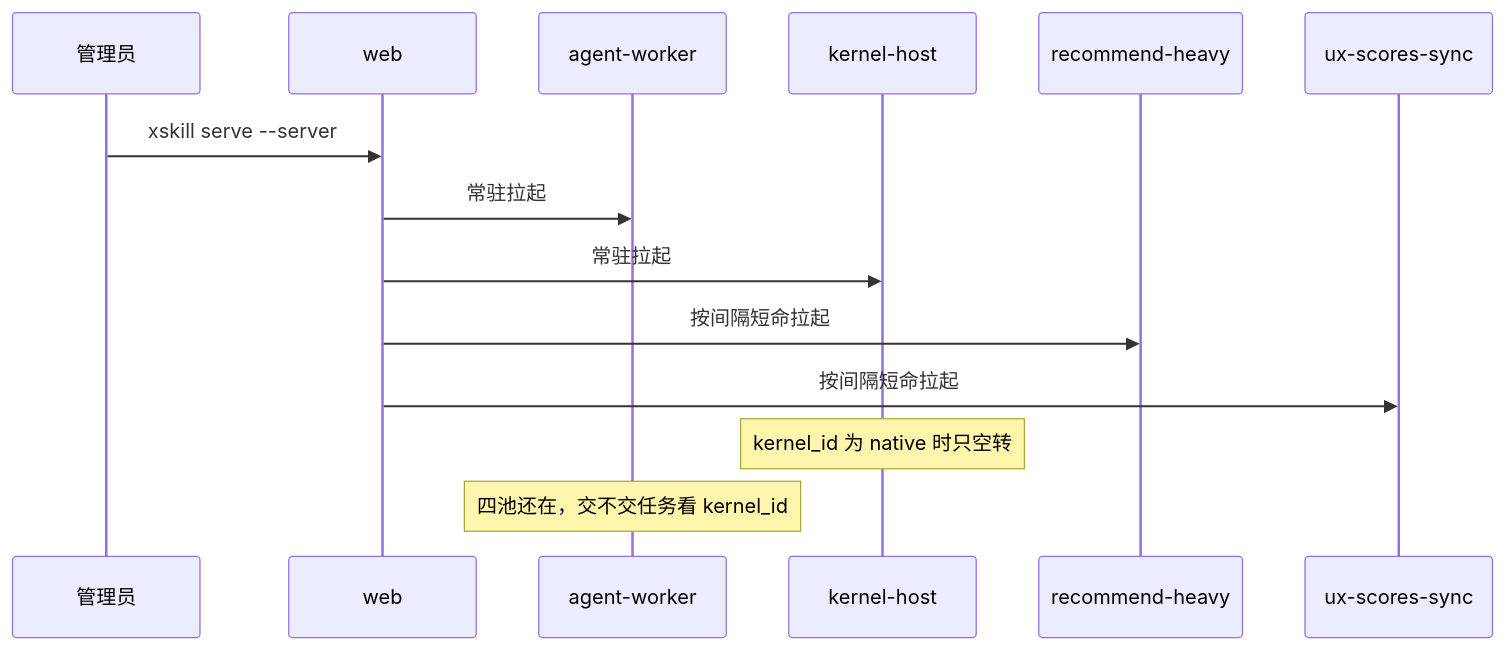
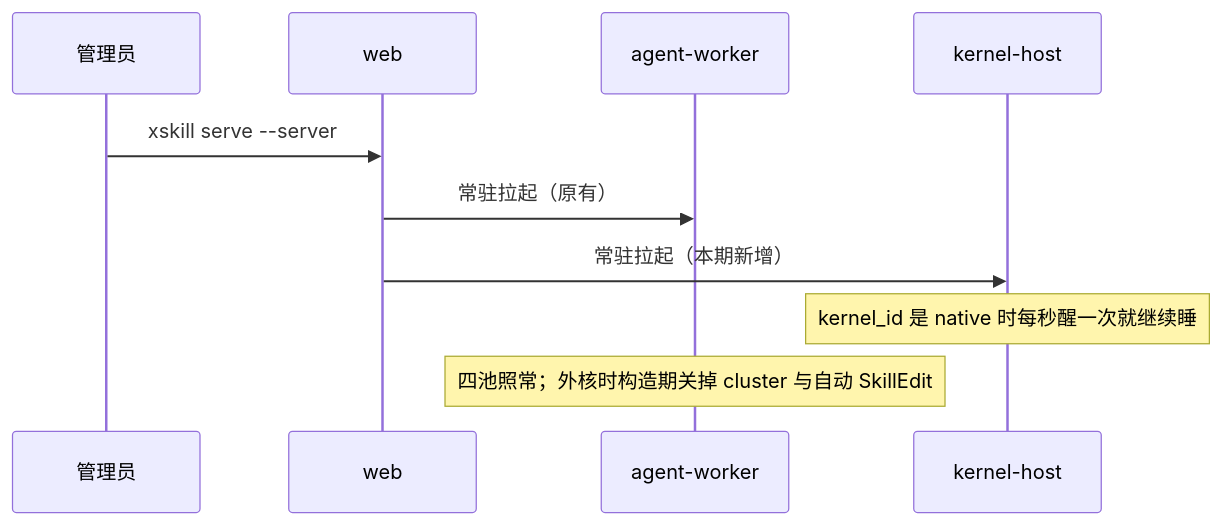
One commit to SkillNerds/xskill changed the third of 4 diagrams in docs/plans/2026-08-27-openearth-landing-on-main.md. Above: the diagram before and after it, drawn with Mermaid. The commit also changed other lines of this file, not shown here.

````diff
--- a/docs/plans/2026-08-27-openearth-landing-on-main.md
+++ b/docs/plans/2026-08-27-openearth-landing-on-main.md
@@ -15,17 +121,13 @@
 ```mermaid
 sequenceDiagram
     participant Admin as 管理员
     participant Web as web
     participant AW as agent-worker
     participant KH as kernel-host
-    participant RH as recommend-heavy
-    participant UX as ux-scores-sync
 
     Admin->>Web: xskill serve --server
-    Web->>AW: 常驻拉起
-    Web->>KH: 常驻拉起
-    Web->>RH: 按间隔短命拉起
-    Web->>UX: 按间隔短命拉起
-    Note over KH: kernel_id 为 native 时只空转
-    Note over AW: 四池还在，交不交任务看 kernel_id
+    Web->>AW: 常驻拉起（原有）
+    Web->>KH: 常驻拉起（本期新增）
+    Note over KH: kernel_id 是 native 时每秒醒一次就继续睡
+    Note over AW: 四池照常；外核时构造期关掉 cluster 与自动 SkillEdit
 ```
````
